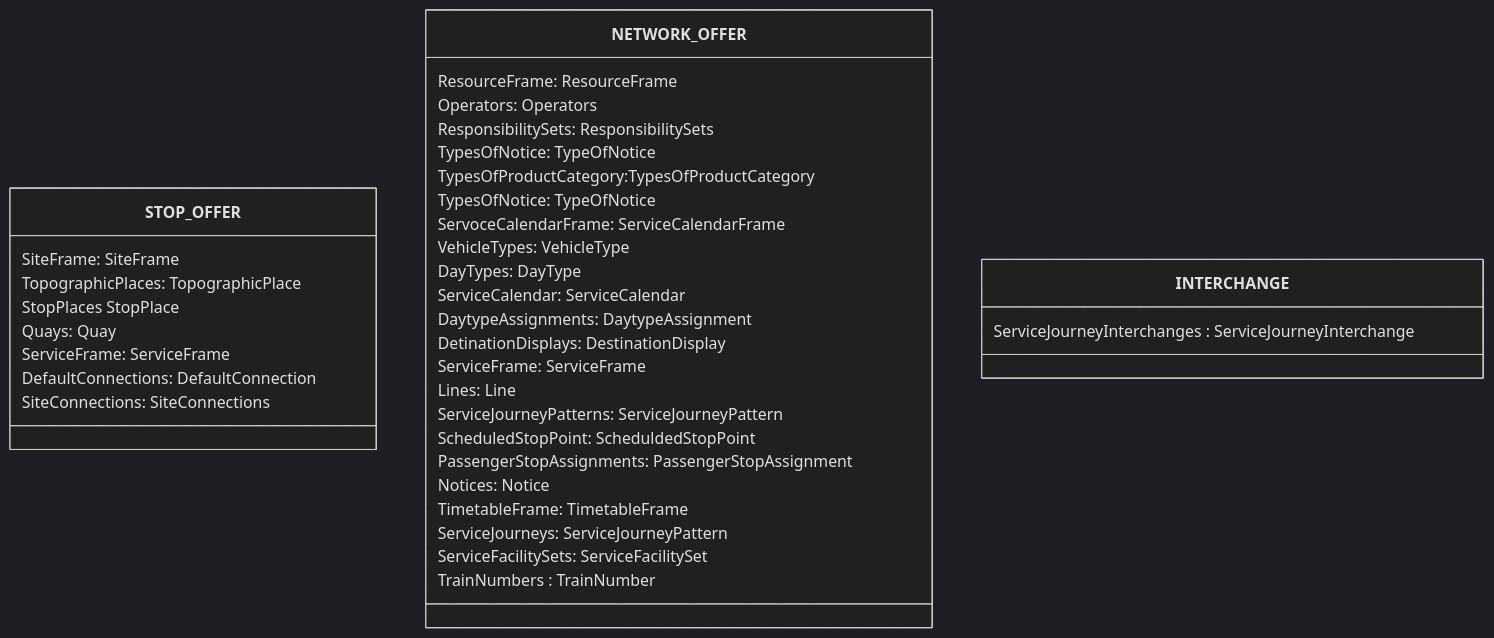
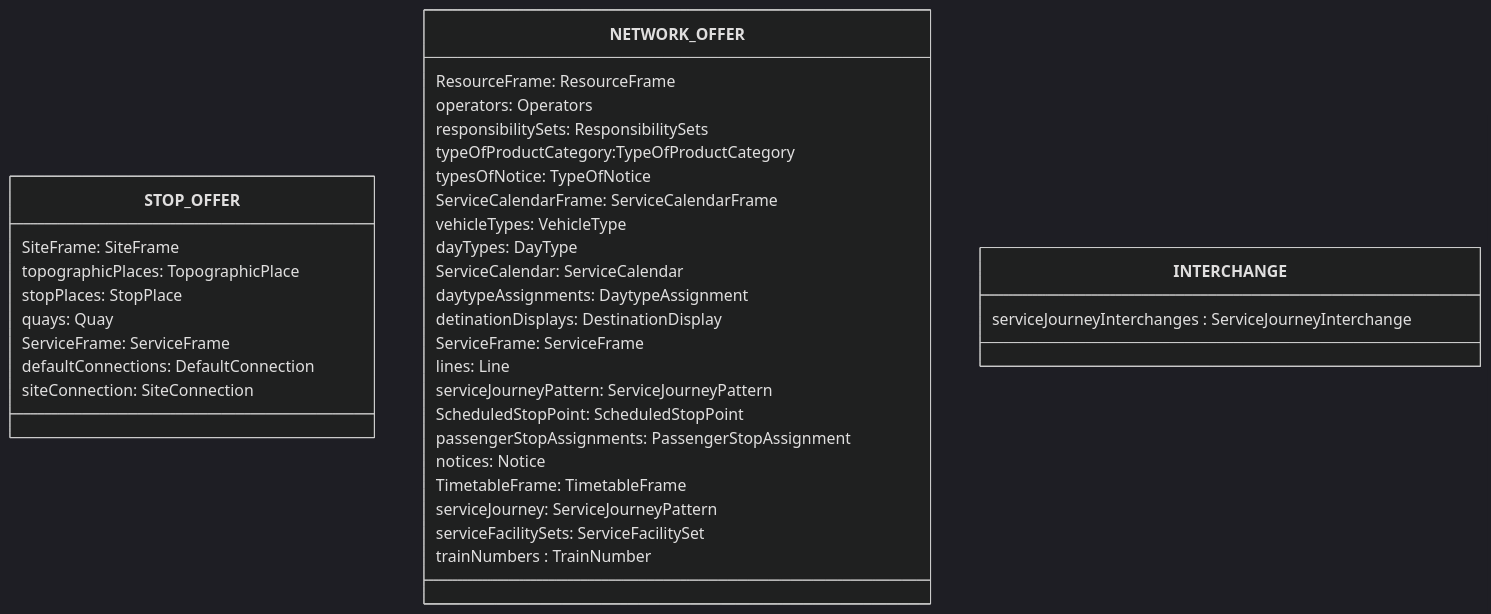
One commit to openTdataCH/netexRealisationGuideSwitzerland changed the diagram in src/04_files.md. Above: the diagram before and after it, drawn with Mermaid (dark theme). The commit also changed other lines of this file and 137 other files, not shown here.

````diff
--- a/src/04_files.md
+++ b/src/04_files.md
@@ -20,40 +20,39 @@
 ```mermaid
 classDiagram
 class STOP_OFFER{
     SiteFrame: SiteFrame
-    TopographicPlaces: TopographicPlace
-    StopPlaces StopPlace
-    Quays: Quay
+    topographicPlaces: TopographicPlace
+    stopPlaces: StopPlace
+    quays: Quay
     ServiceFrame: ServiceFrame
-    DefaultConnections: DefaultConnection
-    SiteConnections: SiteConnections
+    defaultConnections: DefaultConnection
+    siteConnection: SiteConnection
 } 
 
 class NETWORK_OFFER{
     ResourceFrame: ResourceFrame
-    Operators: Operators
-    ResponsibilitySets: ResponsibilitySets
-    TypesOfNotice: TypeOfNotice
-    TypesOfProductCategory:TypesOfProductCategory
-    TypesOfNotice: TypeOfNotice
-    ServoceCalendarFrame: ServiceCalendarFrame
-    VehicleTypes: VehicleType
-    DayTypes: DayType 
+    operators: Operators
+    responsibilitySets: ResponsibilitySets
+    typeOfProductCategory:TypeOfProductCategory
+    typesOfNotice: TypeOfNotice
+    ServiceCalendarFrame: ServiceCalendarFrame
+    vehicleTypes: VehicleType
+    dayTypes: DayType 
     ServiceCalendar: ServiceCalendar
-    DaytypeAssignments: DaytypeAssignment
-    DetinationDisplays: DestinationDisplay
+    daytypeAssignments: DaytypeAssignment
+    detinationDisplays: DestinationDisplay
     ServiceFrame: ServiceFrame
-    Lines: Line
-    ServiceJourneyPatterns: ServiceJourneyPattern
-    ScheduledStopPoint: ScheduldedStopPoint
-    PassengerStopAssignments: PassengerStopAssignment
-    Notices: Notice
+    lines: Line
+    serviceJourneyPattern: ServiceJourneyPattern
+    ScheduledStopPoint: ScheduledStopPoint
+    passengerStopAssignments: PassengerStopAssignment
+    notices: Notice
     TimetableFrame: TimetableFrame
-    ServiceJourneys: ServiceJourneyPattern
-    ServiceFacilitySets: ServiceFacilitySet
-    TrainNumbers : TrainNumber
+    serviceJourney: ServiceJourneyPattern
+    serviceFacilitySets: ServiceFacilitySet
+    trainNumbers : TrainNumber
 }
 class INTERCHANGE {
-    ServiceJourneyInterchanges : ServiceJourneyInterchange
+    serviceJourneyInterchanges : ServiceJourneyInterchange
 }
 ```
````
